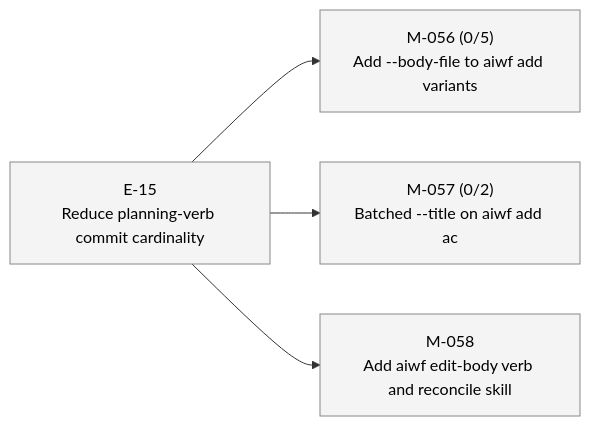
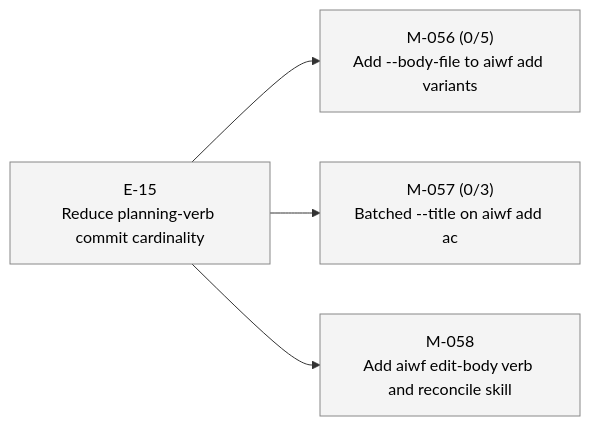
One commit to 23min/aiwf changed the third of 3 diagrams in STATUS.md. Above: the diagram before and after it, drawn with Mermaid. The commit also changed other lines of this file and 1 other file, not shown here.

First line of the commit message:
aiwf add ac M-057/AC-3 "Commit trailers list every created AC composite id"

````diff
--- a/STATUS.md
+++ b/STATUS.md
@@ -69,16 +69,16 @@
 ```mermaid
 flowchart LR
   E_15["E-15<br/>Reduce planning-verb commit cardinality"]:::epic_proposed
   M_056["M-056 (0/5)<br/>Add --body-file to aiwf add variants"]:::ms_draft
   E_15 --> M_056
-  M_057["M-057 (0/2)<br/>Batched --title on aiwf add ac"]:::ms_draft
+  M_057["M-057 (0/3)<br/>Batched --title on aiwf add ac"]:::ms_draft
   E_15 --> M_057
   M_058["M-058<br/>Add aiwf edit-body verb and reconcile skill"]:::ms_draft
   E_15 --> M_058
   classDef epic_active fill:#d6eaff,stroke:#1a73e8,color:#000
   classDef epic_proposed fill:#f4f4f4,stroke:#888,color:#000
   classDef ms_done fill:#d8f5d8,stroke:#2a8a2a,color:#000
   classDef ms_in_progress fill:#fff3c4,stroke:#caa400,color:#000
   classDef ms_draft fill:#f4f4f4,stroke:#888,color:#000
   classDef ms_cancelled fill:#fbeaea,stroke:#c33,color:#000
 ```
````
